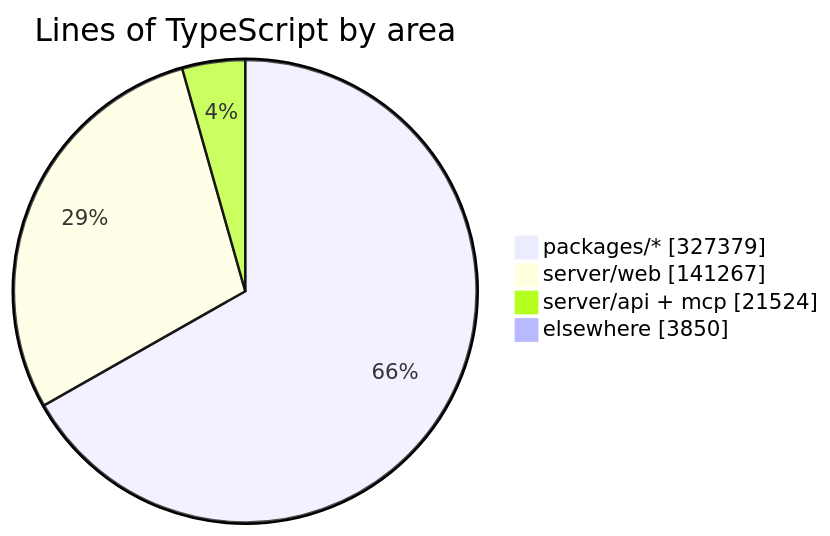
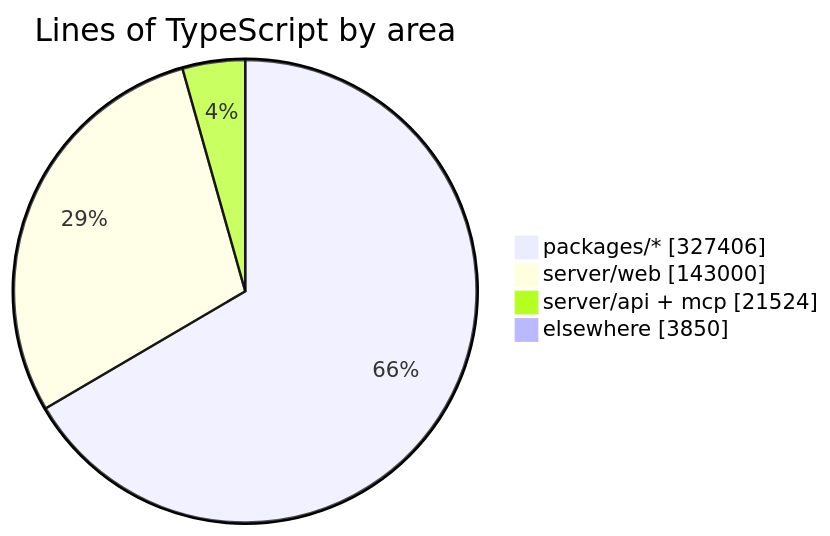
Before and after one commit to crossworks-engineering/mantle: the diagram in README.md, drawn with Mermaid. The commit also changed other lines of this file and 2 other files, not shown here.

````diff
--- a/README.md
+++ b/README.md
@@ -294,7 +294,7 @@
 ```mermaid
 pie showData title Lines of TypeScript by area
-    "packages/*" : 327379
-    "server/web" : 141267
+    "packages/*" : 327406
+    "server/web" : 143000
     "server/api + mcp" : 21524
     "elsewhere" : 3850
 ```
````
